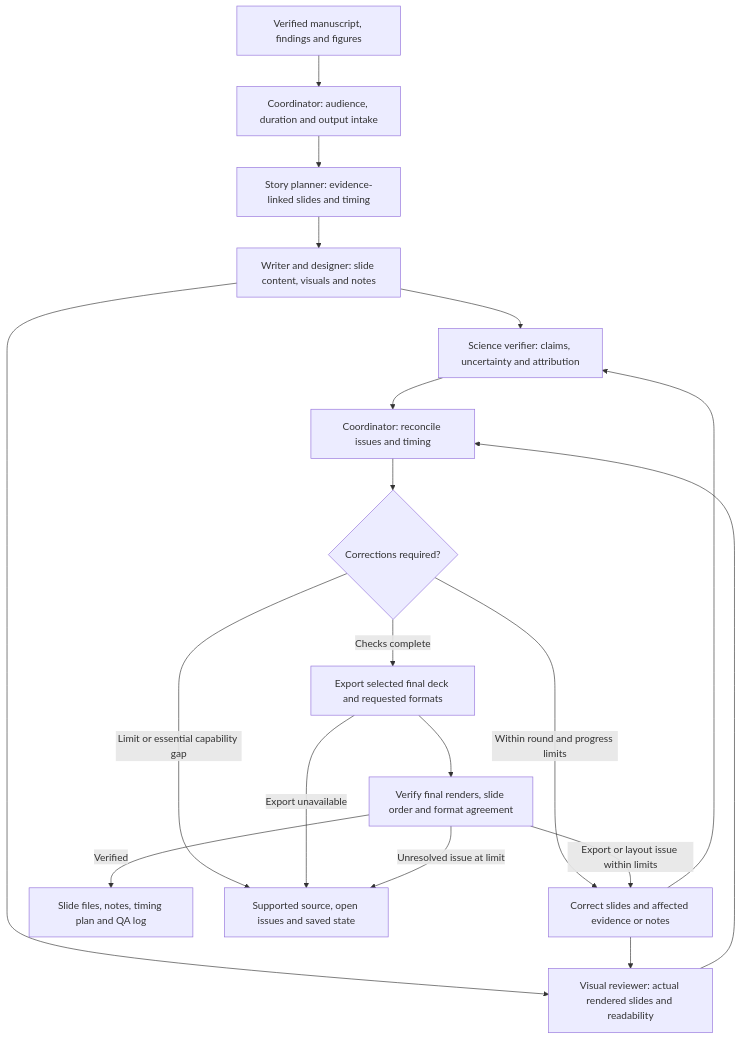
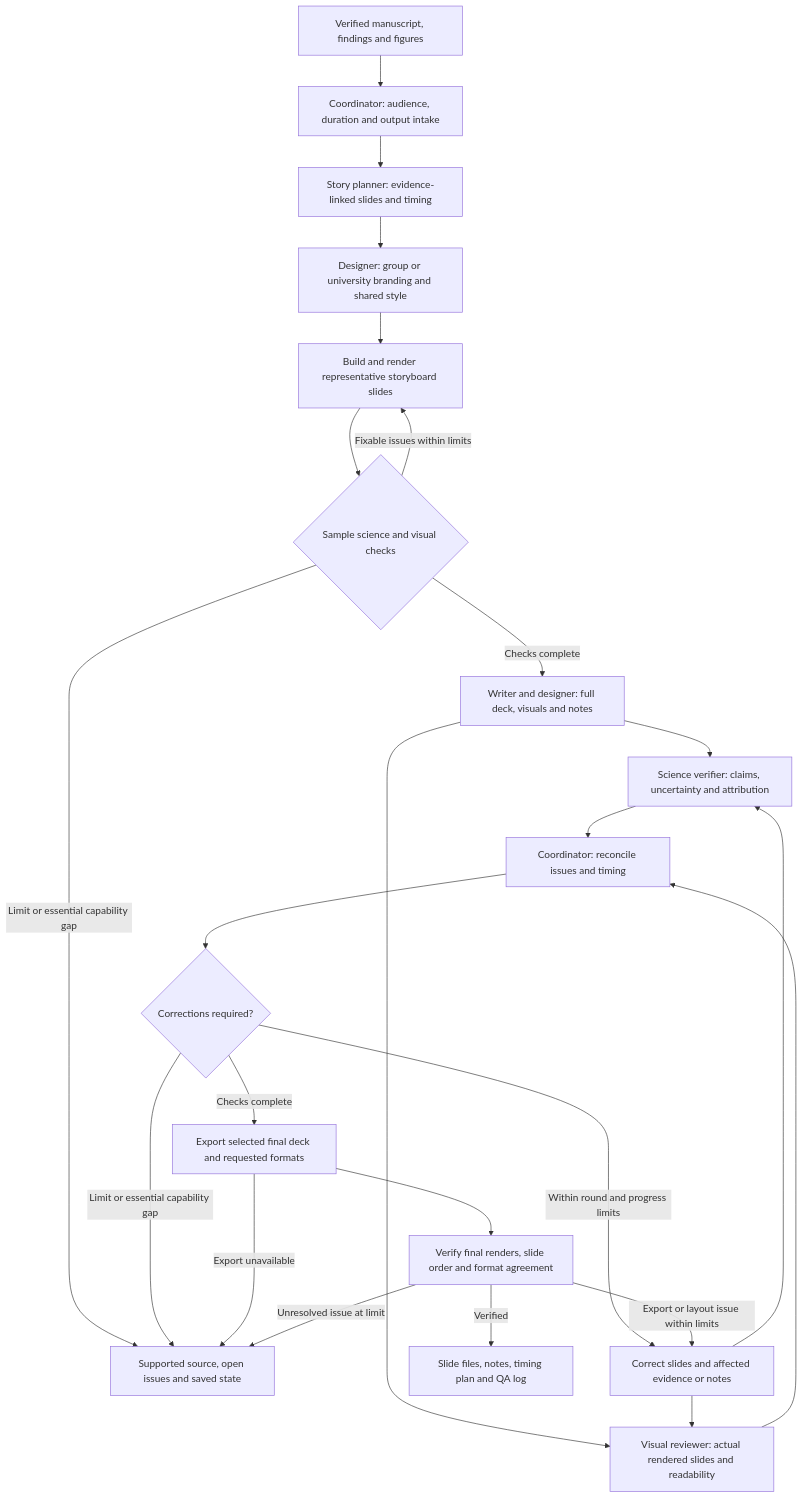
Before and after one commit to vage88sg1/agentic-research-workflows: the fourth of 9 diagrams in docs/WORKFLOW_GUIDE.md, drawn with Mermaid. The commit also changed other lines of this file and 9 other files, not shown here.

Commit message:
feat: add slide design previews and institutional branding guidance

````diff
--- a/docs/WORKFLOW_GUIDE.md
+++ b/docs/WORKFLOW_GUIDE.md
@@ -295,21 +296,26 @@
 ```mermaid
 flowchart TD
   A[Verified manuscript, findings and figures] --> B[Coordinator: audience, duration and output intake]
   B --> C[Story planner: evidence-linked slides and timing]
-  C --> D[Writer and designer: slide content, visuals and notes]
+  C --> S[Designer: group or university branding and shared style]
+  S --> T[Build and render representative storyboard slides]
+  T --> U{Sample science and visual checks}
+  U -->|Fixable issues within limits| T
+  U -->|Checks complete| D[Writer and designer: full deck, visuals and notes]
+  U -->|Limit or essential capability gap| M
   D --> E[Science verifier: claims, uncertainty and attribution]
   D --> F[Visual reviewer: actual rendered slides and readability]
   E --> G[Coordinator: reconcile issues and timing]
   F --> G
   G --> H{Corrections required?}
   H -->|Within round and progress limits| I[Correct slides and affected evidence or notes]
   I --> E
   I --> F
   H -->|Checks complete| J[Export selected final deck and requested formats]
   J --> K[Verify final renders, slide order and format agreement]
   K -->|Export or layout issue within limits| I
   K -->|Verified| L[Slide files, notes, timing plan and QA log]
   H -->|Limit or essential capability gap| M[Supported source, open issues and saved state]
   J -->|Export unavailable| M
   K -->|Unresolved issue at limit| M
 ```
````
